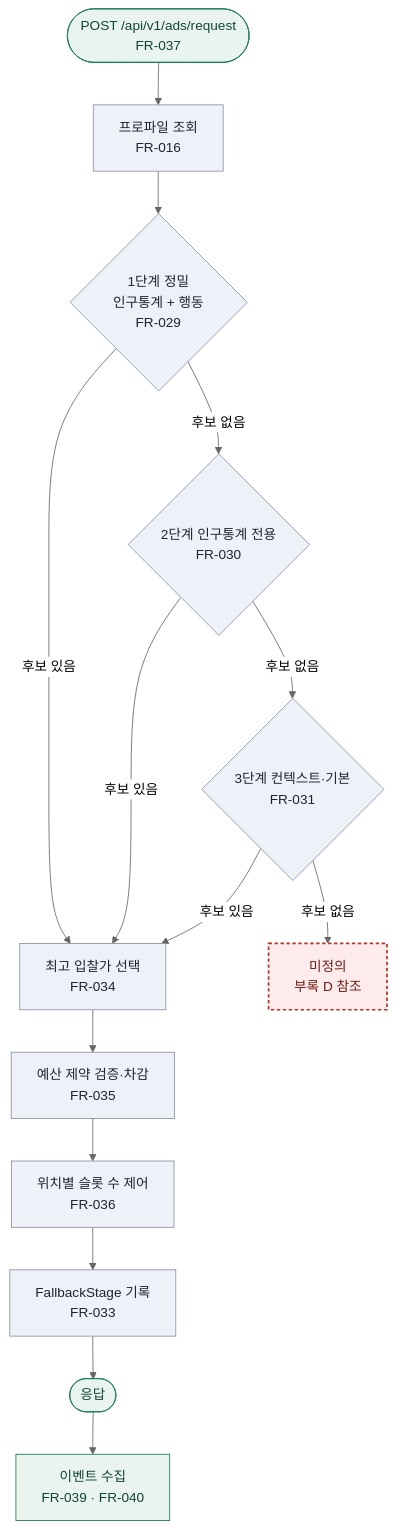
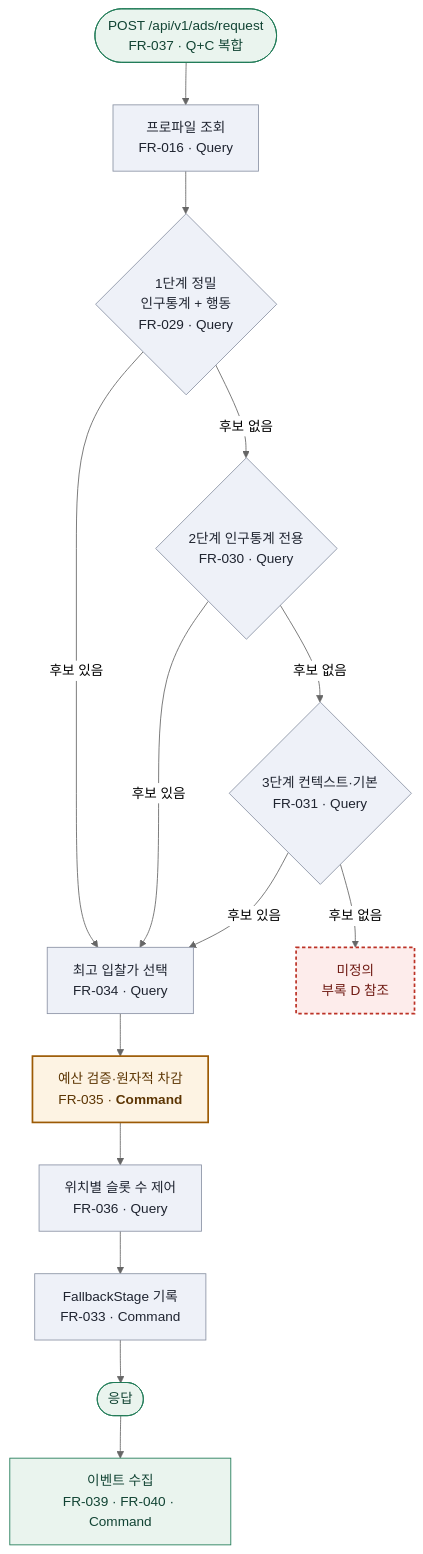
Before and after one commit to STERNYUL/AI_PLACE_MATE: the fourth of 6 diagrams in TASKS-adtech-mvp-v1.0.md, drawn with Mermaid (neutral theme). The commit also changed other lines of this file and 10 other files, not shown here.

````diff
--- a/TASKS-adtech-mvp-v1.0.md
+++ b/TASKS-adtech-mvp-v1.0.md
@@ -361,23 +480,25 @@
 ```mermaid
 flowchart TD
-  RQ(["POST /api/v1/ads/request<br/>FR-037"]) --> PF["프로파일 조회<br/>FR-016"]
-  PF --> S1{"1단계 정밀<br/>인구통계 + 행동<br/>FR-029"}
+  RQ(["POST /api/v1/ads/request<br/>FR-037 · Q+C 복합"]) --> PF["프로파일 조회<br/>FR-016 · Query"]
+  PF --> S1{"1단계 정밀<br/>인구통계 + 행동<br/>FR-029 · Query"}
   S1 -->|후보 있음| YO
-  S1 -->|후보 없음| S2{"2단계 인구통계 전용<br/>FR-030"}
+  S1 -->|후보 없음| S2{"2단계 인구통계 전용<br/>FR-030 · Query"}
   S2 -->|후보 있음| YO
-  S2 -->|후보 없음| S3{"3단계 컨텍스트·기본<br/>FR-031"}
+  S2 -->|후보 없음| S3{"3단계 컨텍스트·기본<br/>FR-031 · Query"}
   S3 -->|후보 있음| YO
   S3 -->|후보 없음| UNDEF["미정의<br/>부록 D 참조"]
-  YO["최고 입찰가 선택<br/>FR-034"] --> BG["예산 제약 검증·차감<br/>FR-035"]
-  BG --> SLOT["위치별 슬롯 수 제어<br/>FR-036"]
-  SLOT --> STG["FallbackStage 기록<br/>FR-033"]
+  YO["최고 입찰가 선택<br/>FR-034 · Query"] --> BG["예산 검증·원자적 차감<br/>FR-035 · <b>Command</b>"]
+  BG --> SLOT["위치별 슬롯 수 제어<br/>FR-036 · Query"]
+  SLOT --> STG["FallbackStage 기록<br/>FR-033 · Command"]
   STG --> RES(["응답"])
-  RES --> EV["이벤트 수집<br/>FR-039 · FR-040"]
+  RES --> EV["이벤트 수집<br/>FR-039 · FR-040 · Command"]
 
   classDef undef fill:#fdeceb,stroke:#bc3226,stroke-width:2px,stroke-dasharray:4 3,color:#6f1a13
+  classDef cmd fill:#fdf3e3,stroke:#9c5a05,stroke-width:2px,color:#5c3503
   classDef plain fill:#eef1f8,stroke:#8b93a5,color:#1f2430
   classDef term fill:#eaf4ee,stroke:#1e7a55,color:#124434
   class UNDEF undef
+  class BG cmd
   class RQ,RES,EV term
-  class PF,S1,S2,S3,YO,BG,SLOT,STG plain
+  class PF,S1,S2,S3,YO,SLOT,STG plain
 ```
````
